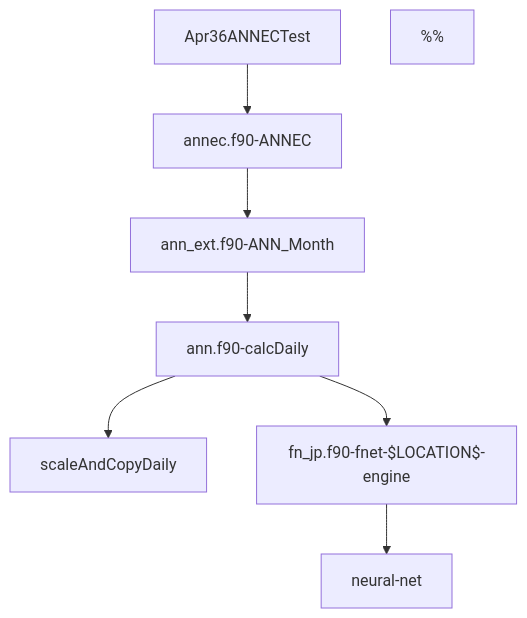
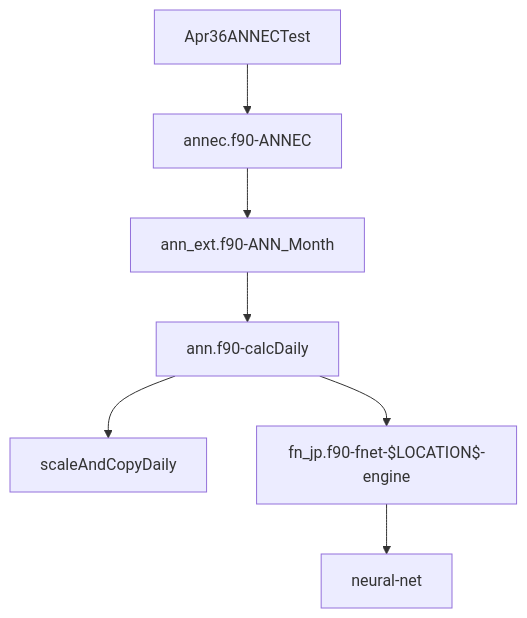
One commit to rma-rripken/AnnLineGen_RMA changed the first of 2 diagrams in CallDiagrams.md. Above: the diagram before and after it, drawn with Mermaid. The commit also changed other lines of this file, not shown here.

Commit message:
Added notes about what each method does.

````diff
--- a/CallDiagrams.md
+++ b/CallDiagrams.md
@@ -5,43 +5,13 @@
 ```mermaid
 graph TD;
     Apr36ANNECTest-->annec.f90-ANNEC;
  %%   wresl-->annec.f90-AnnEC_matchDSM2;
  %%   annec.f90-AnnEC_matchDSM2-->ConservativeSpline.f90-ConservativeSpline7Months;
  %%   annec.f90-AnnEC_matchDSM2-->ann_ext.f90-ANN_Month;
     annec.f90-ANNEC-->ann_ext.f90-ANN_Month;
     ann_ext.f90-ANN_Month-->ann.f90-calcDaily;
     ann.f90-calcDaily-->scaleAndCopyDaily;
     ann.f90-calcDaily-->fn_jp.f90-fnet-$LOCATION$-engine;
     fn_jp.f90-fnet-$LOCATION$-engine-->neural-net;
-%%    ann.f90-calcDaily-->fn_jp.f90-fnet-jp-engine;
-%%    ann.f90-calcDaily-->fn_jp.f90-fnet-orrsel-engine;
-%%    ann.f90-calcDaily-->fn_jp.f90-fnet-emm-engine;
-%%    ann.f90-calcDaily-->fn_jp.f90-fnet-antioch-engine;
-%%    ann.f90-calcDaily-->fn_jp.f90-fnet-CO-engine;
-%%    ann.f90-calcDaily-->fn_jp.f90-fnet-mallard-engine;
-%%    ann.f90-calcDaily-->fn_jp.f90-fnet_LosVaqueros_engine;
-%%    ann.f90-calcDaily-->fn_jp.f90-fnet_MidR_intake_engine
-%%    ann.f90-calcDaily-->fn_jp.f90-fnet_Victoria_intake_engine
-%%    ann.f90-calcDaily-->fn_jp.f90-fnet_CVP_intake_engine
-%%    ann.f90-calcDaily-->fn_jp.f90-fnet_CCFB_engine
-%%    ann.f90-calcDaily-->fn_jp.f90-fnet_CCFB_intake_engine
-%%    ann.f90-calcDaily-->fn_jp.f90-fnet_beldan_engine
-%%    ann.f90-calcDaily-->fn_jp.f90-fnet_MTZ_engine
-%%
-%%    fn_jp.f90-fnet-jp-engine-->neural-net;
-%%    fn_jp.f90-fnet-orrsel-engine-->neural-net;
-%%    fn_jp.f90-fnet-emm-engine-->neural-net;
-%%    fn_jp.f90-fnet-antioch-engine-->neural-net;
-%%    fn_jp.f90-fnet-CO-engine-->neural-net;
-%%    fn_jp.f90-fnet-mallard-engine-->neural-net;
-%%    fn_jp.f90-fnet_LosVaqueros_engine-->neural-net;
-%%    fn_jp.f90-fnet_MidR_intake_engine-->neural-net;
-%%    fn_jp.f90-fnet_Victoria_intake_engine-->neural-net;
-%%    fn_jp.f90-fnet_CVP_intake_engine-->neural-net;
-%%    fn_jp.f90-fnet_CCFB_engine-->neural-net;
-%%    fn_jp.f90-fnet_CCFB_intake_engine-->neural-net;
-%%    fn_jp.f90-fnet_beldan_engine-->neural-net;
-%%    fn_jp.f90-fnet_MTZ_engine-->neural-net;
-  
-  
+
 ```
````
